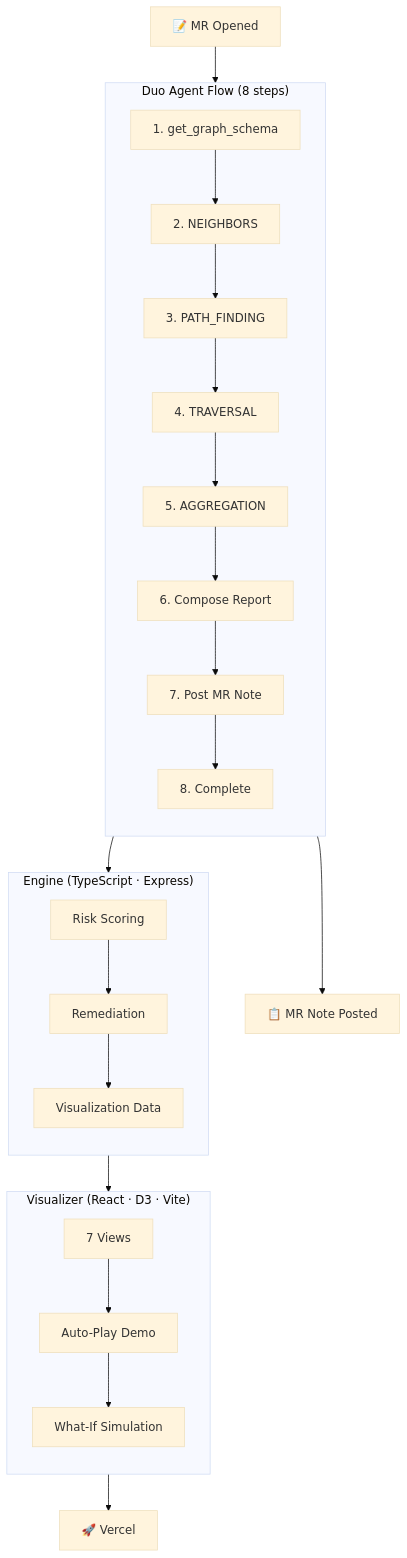
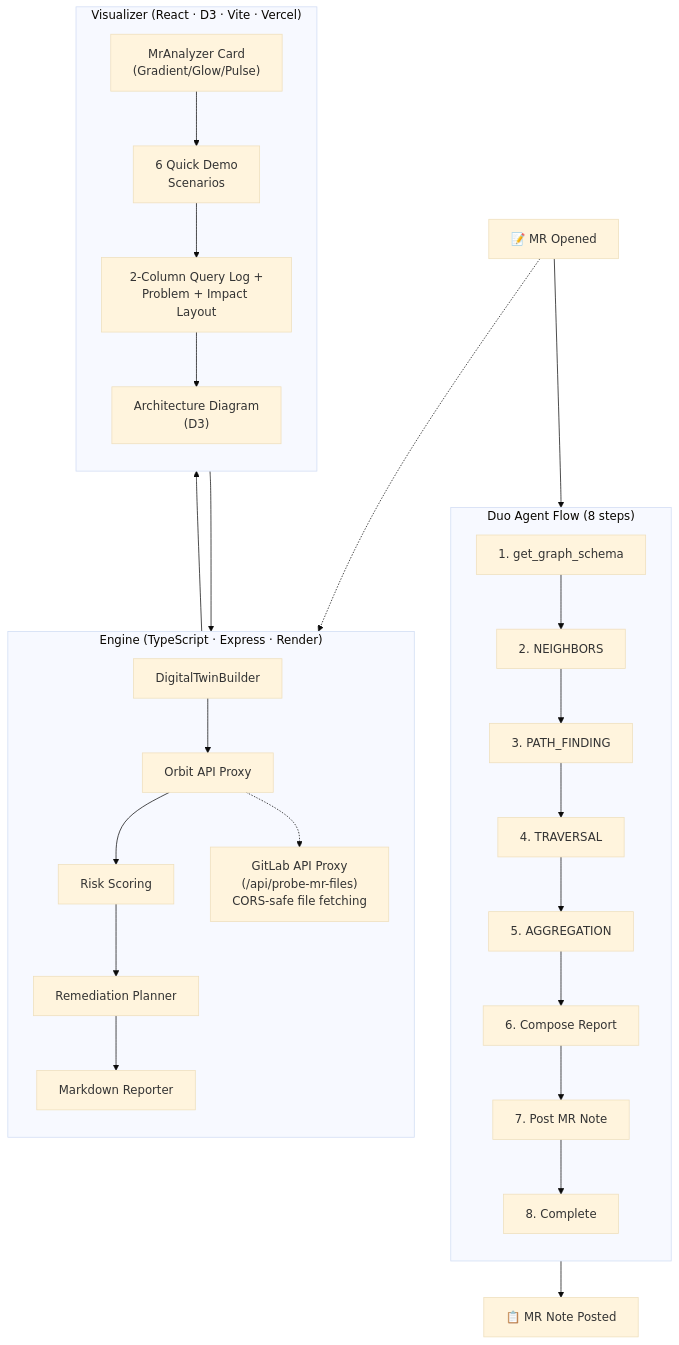
Before and after one commit to dgboy-ai/orbit-sentinel: the diagram in README.md, drawn with Mermaid (base theme). The commit also changed other lines of this file and 1 other file, not shown here.

Commit message:
docs: update README with current architecture, fix gaps, polish; update CHANGELOG for June 18 session

````diff
--- a/README.md
+++ b/README.md
@@ -48,26 +47,32 @@
 ```mermaid
 flowchart TD
     MR["📝 MR Opened"] --> FLOW
 
     subgraph FLOW["Duo Agent Flow (8 steps)"]
         direction TB
         S1["1. get_graph_schema"] --> S2["2. NEIGHBORS"] --> S3["3. PATH_FINDING"] --> S4["4. TRAVERSAL"] --> S5["5. AGGREGATION"]
         S5 --> S6["6. Compose Report"] --> S7["7. Post MR Note"] --> S8["8. Complete"]
     end
 
     FLOW --> NOTE["📋 MR Note Posted"]
-    FLOW --> ENGINE
 
-    subgraph ENGINE["Engine (TypeScript · Express)"]
+    subgraph ENGINE["Engine (TypeScript · Express · Render)"]
         direction TB
-        E1["Risk Scoring"] --> E2["Remediation"] --> E3["Visualization Data"]
+        E0["DigitalTwinBuilder"] --> E1["Orbit API Proxy"]
+        E1 --> E2["Risk Scoring"]
+        E2 --> E3["Remediation Planner"]
+        E3 --> E4["Markdown Reporter"]
+        E1 -.-> GITLAB["GitLab API Proxy\n(/api/probe-mr-files)\nCORS-safe file fetching"]
     end
 
-    subgraph VIZ["Visualizer (React · D3 · Vite)"]
+    subgraph VIZ["Visualizer (React · D3 · Vite · Vercel)"]
         direction TB
-        V1["7 Views"] --> V2["Auto-Play Demo"] --> V3["What-If Simulation"]
+        V1["MrAnalyzer Card\n(Gradient/Glow/Pulse)"] --> V2["6 Quick Demo\nScenarios"]
+        V2 --> V3["2-Column Query Log +\nProblem + Impact Layout"]
+        V3 --> V4["Architecture Diagram\n(D3)"]
     end
 
+    MR -.-> GITLAB
+    VIZ --> ENGINE
     ENGINE --> VIZ
-    VIZ --> DEPLOY["🚀 Vercel"]
 ```
````
